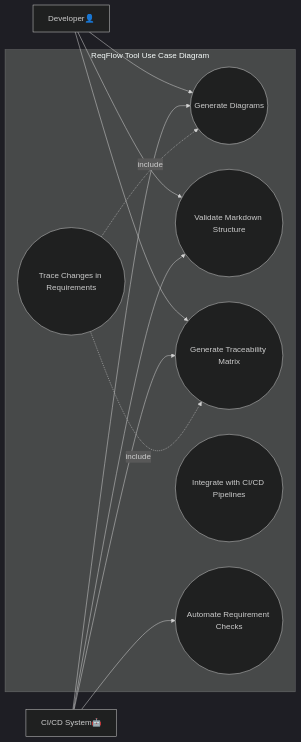
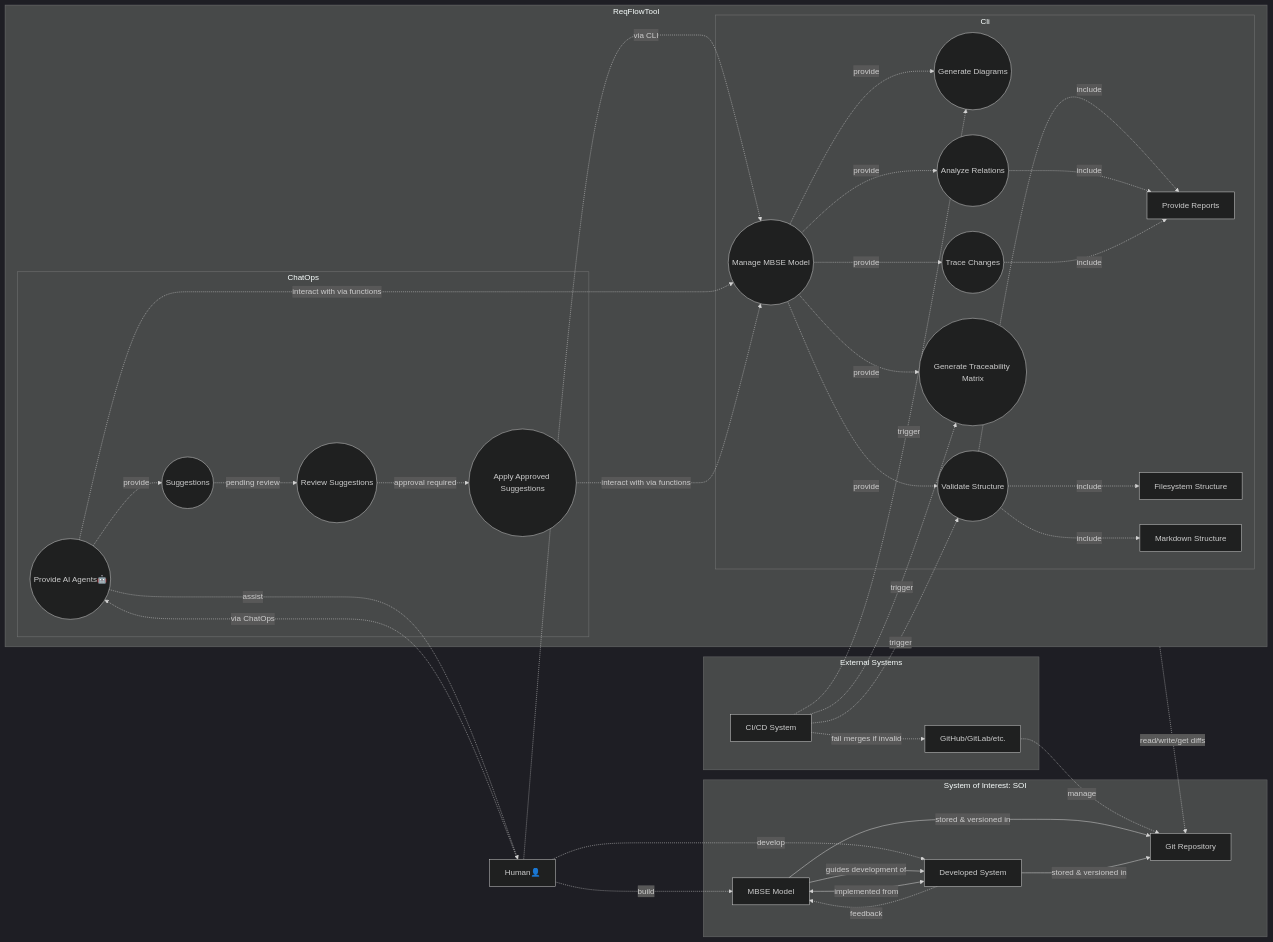
Before and after one commit to reqvire-org/reqvire: the diagram in specifications/Usecases.md, drawn with Mermaid (dark theme). The commit also changed 5 other files, not shown here.

Commit message:
User stories as an independent entity redesign. Requirements formant and structure redesign.

````diff
--- a/specifications/Usecases.md
+++ b/specifications/Usecases.md
@@ -11,29 +11,85 @@
 ```mermaid
 flowchart LR
-    subgraph "ReqFlow Tool Use Case Diagram"
-        generateDiagrams((Generate Diagrams))
-        validateStructure((Validate Markdown Structure))
-        traceability((Generate Traceability Matrix))
-        integrateCICD((Integrate with CI/CD Pipelines))
-        automation((Automate Requirement Checks))
-        handleDiffs((Trace Changes in Requirements))
+    subgraph "ReqFlowTool"
+        subgraph "Cli"
+            manageModel((Manage MBSE Model))
+            generateDiagrams((Generate Diagrams))
+            analiseRelations((Analyze Relations))
+            reports[Provide Reports]
+            validateStructure((Validate Structure))			
+            filesStructure[Filesystem Structure]
+            markdownSucture[Markdown Structure]
+            traceability((Generate Traceability Matrix))
+            handleDiffs((Trace Changes))        
+        end  
+
+        subgraph "ChatOps"
+            aiAgents((Provide AI Agents🤖))
+            aiSuggestions((Suggestions)) 
+            reviewSuggestions((Review Suggestions))                
+            applySuggestions((Apply Approved Suggestions))                
+        end
+                 
     end
 
-    user[Developer👤]
-    ciSystem[CI/CD System🤖]
+    human[Human👤]
+    human -. build .-> model
+    human -. develop .-> developedSystem
 
-    %% User interactions
-    user --> generateDiagrams
-    user --> validateStructure
-    user --> traceability
+    subgraph "External Systems"
+        ciSystem[CI/CD System]
+        gitTools[GitHub/GitLab/etc.]
+    end
 
-    %% CI/CD interactions
-    ciSystem --> validateStructure
-    ciSystem --> generateDiagrams
-    ciSystem --> automation
-    ciSystem --> traceability
+    subgraph "System of Interest: SOI"
+        model[MBSE Model]
+        developedSystem["Developed System"]
+        gitRepository[Git Repository]
+    end
 
-    %% New relation for tracing changes
-    handleDiffs -. include .-> traceability
-    handleDiffs -. include .-> generateDiagrams
+    %% Human Interactions
+    human -. via CLI .-> manageModel
+
+    ReqFlowTool -. read/write/get diffs .-> gitRepository
+ 
+    manageModel -. provide .-> validateStructure
+    validateStructure -. include .-> markdownSucture
+    validateStructure -. include .-> filesStructure  
+    validateStructure -. include .-> reports    
+
+    manageModel -. provide .-> traceability
+    manageModel -. provide .-> analiseRelations
+    analiseRelations -. include .-> reports      
+    manageModel -. provide .-> generateDiagrams
+    manageModel -. provide .-> handleDiffs
+
+    human -. via ChatOps .-> aiAgents    
+    aiAgents -. interact with via functions .-> manageModel    
+
+    aiAgents -. assist .-> human
+    aiAgents -. provide .-> aiSuggestions
+    aiSuggestions -. pending review .-> reviewSuggestions
+    reviewSuggestions -. approval required .-> applySuggestions
+    applySuggestions -. interact with via functions .-> manageModel    
+
+    %% CI/CD and Git Systems
+    ciSystem -. trigger .-> validateStructure
+    ciSystem -. trigger .-> generateDiagrams
+    ciSystem -. trigger .-> traceability
+    ciSystem -. fail merges if invalid .-> gitTools
+    gitTools -. manage .-> gitRepository
+
+    %% Relationships with SOI
+    model -- stored & versioned in --> gitRepository
+    developedSystem -- stored & versioned in --> gitRepository
+    developedSystem <-- implemented from --> model
+    model -- guides development of --> developedSystem
+
+    %% ReqFlow Interactions with SOI
+    handleDiffs -. include .-> reports    
+
+    %% SOI Feedback Loop
+    developedSystem -. feedback .-> model
+
+
 ```
````
